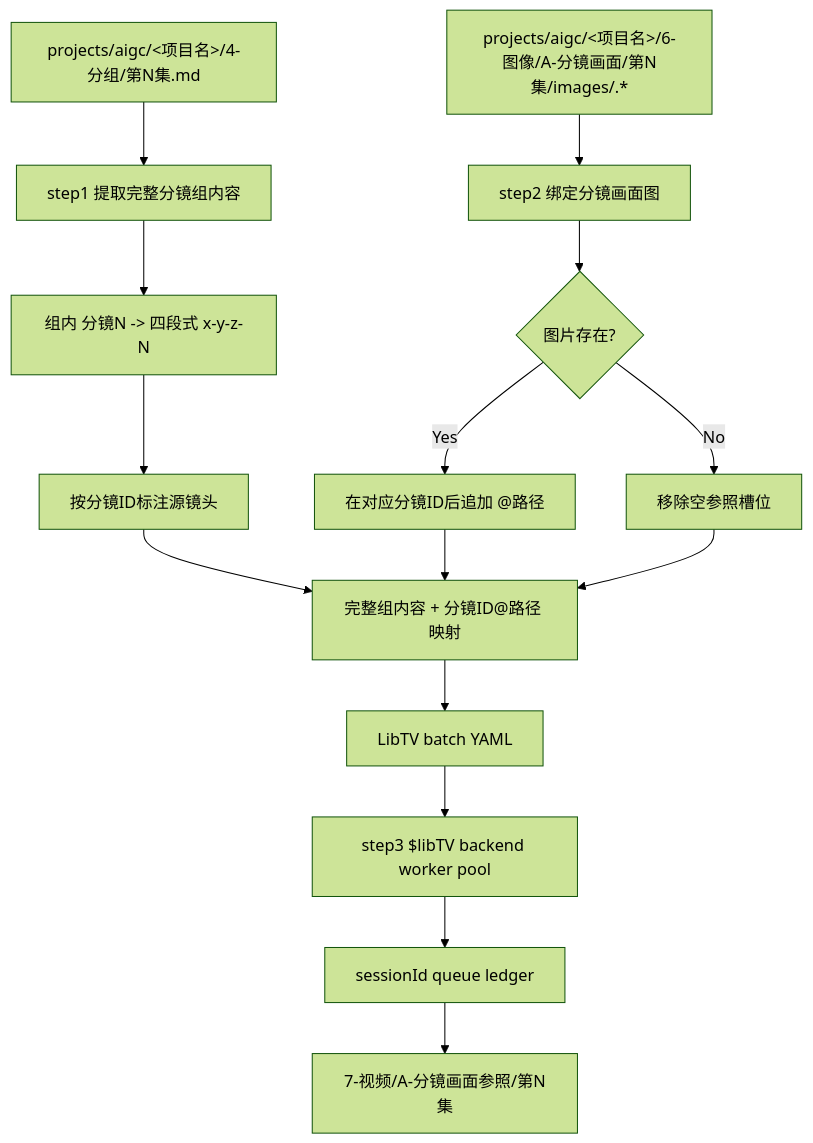
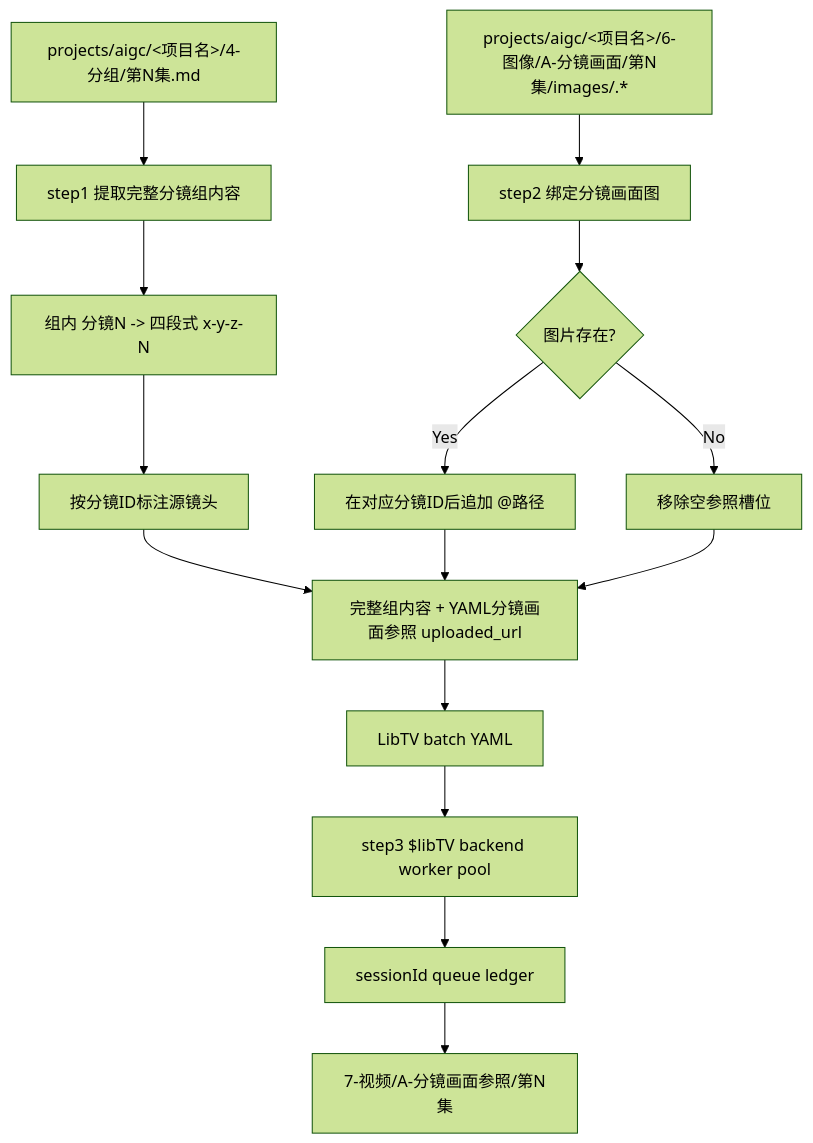
Before and after one commit to ZEN-VOID/AI-CUT: the first of 3 diagrams in .agents/skills/aigc/7-视频/A-分镜画面参照/SKILL.md, drawn with Mermaid (forest theme). The commit also changed other lines of this file and 129 other files, not shown here.

````diff
--- a/.agents/skills/aigc/7-视频/A-分镜画面参照/SKILL.md
+++ b/.agents/skills/aigc/7-视频/A-分镜画面参照/SKILL.md
@@ -128,17 +129,17 @@
 ```mermaid
 flowchart TD
     A["projects/aigc/<项目名>/4-分组/第N集.md"] --> B["step1 提取完整分镜组内容"]
     B --> C["组内 分镜N -> 四段式 x-y-z-N"]
     C --> D["按分镜ID标注源镜头"]
     E["projects/aigc/<项目名>/6-图像/A-分镜画面/第N集/images/<shot_id>.*"] --> F["step2 绑定分镜画面图"]
     F --> G{"图片存在?"}
     G -->|"Yes"| H["在对应分镜ID后追加 @路径"]
     G -->|"No"| I["移除空参照槽位"]
-    D --> J["完整组内容 + 分镜ID@路径 映射"]
+    D --> J["完整组内容 + YAML分镜画面参照 uploaded_url"]
     H --> J
     I --> J
     J --> K["LibTV batch YAML"]
     K --> L["step3 $libTV backend worker pool"]
     L --> M["sessionId queue ledger"]
     M --> N["7-视频/A-分镜画面参照/第N集"]
 ```
````
